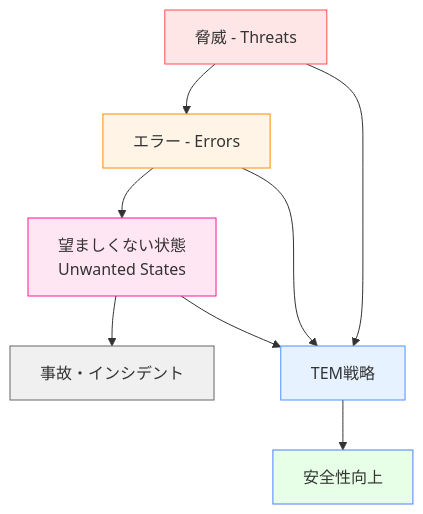
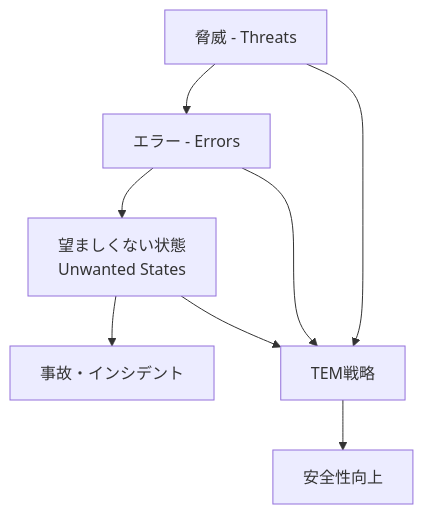
Before and after one commit to shuji-bonji/Situational-Awareness-and-Decision-Making: the fifth of 6 diagrams in docs/applications/aviation-sa.md, drawn with Mermaid. The commit also changed other lines of this file and 49 other files, not shown here.

Commit message:
fix: ダークモードで見づらい図の色の変更

````diff
--- a/docs/applications/aviation-sa.md
+++ b/docs/applications/aviation-sa.md
@@ -375,18 +370,18 @@
 ```mermaid
 graph TD
     A[脅威 - Threats] --> B[エラー - Errors]
     B --> C[望ましくない状態<br>Unwanted States]
     C --> D[事故・インシデント]
     
     A --> E[TEM戦略]
     B --> E
     C --> E
     E --> F[安全性向上]
     
-    style A fill:#ffe6e6,stroke:#ff4d4d
-    style B fill:#fff4e6,stroke:#ff8c00
-    style C fill:#ffe6f2,stroke:#ff1493
-    style D fill:#f0f0f0,stroke:#666
-    style E fill:#e6f2ff,stroke:#4d94ff
-    style F fill:#e6ffe6,stroke:#4d7fff
+
+
+
+
+
+
 ```
````
